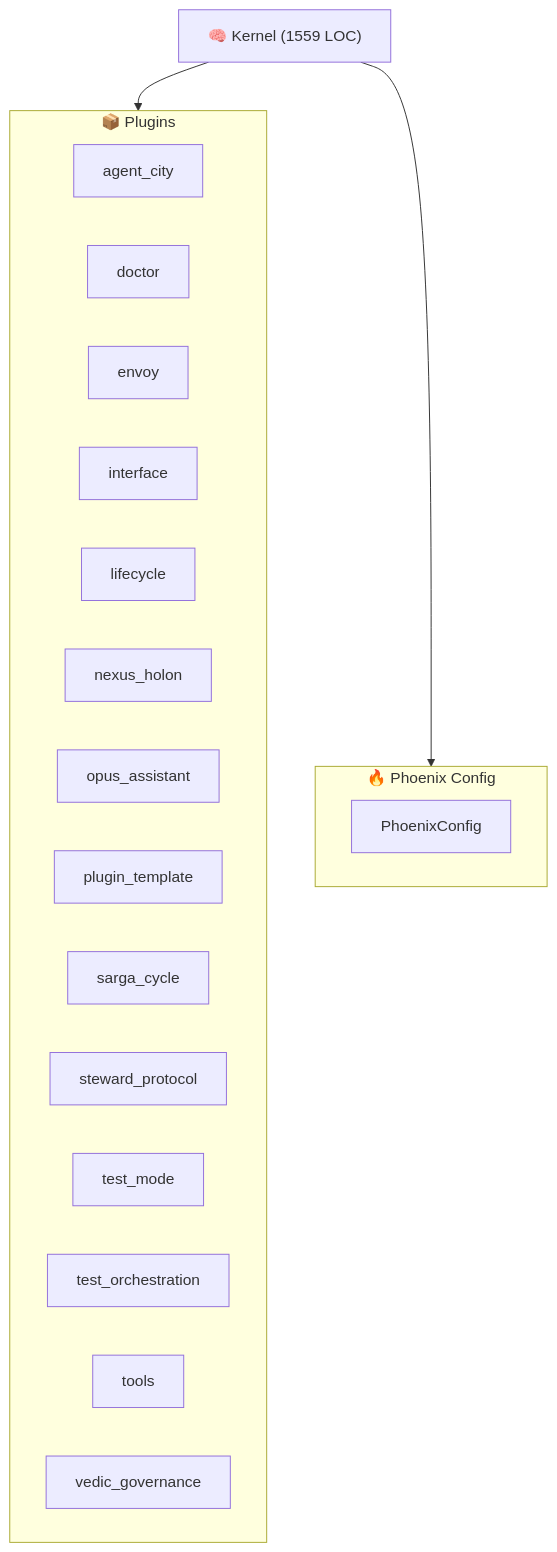
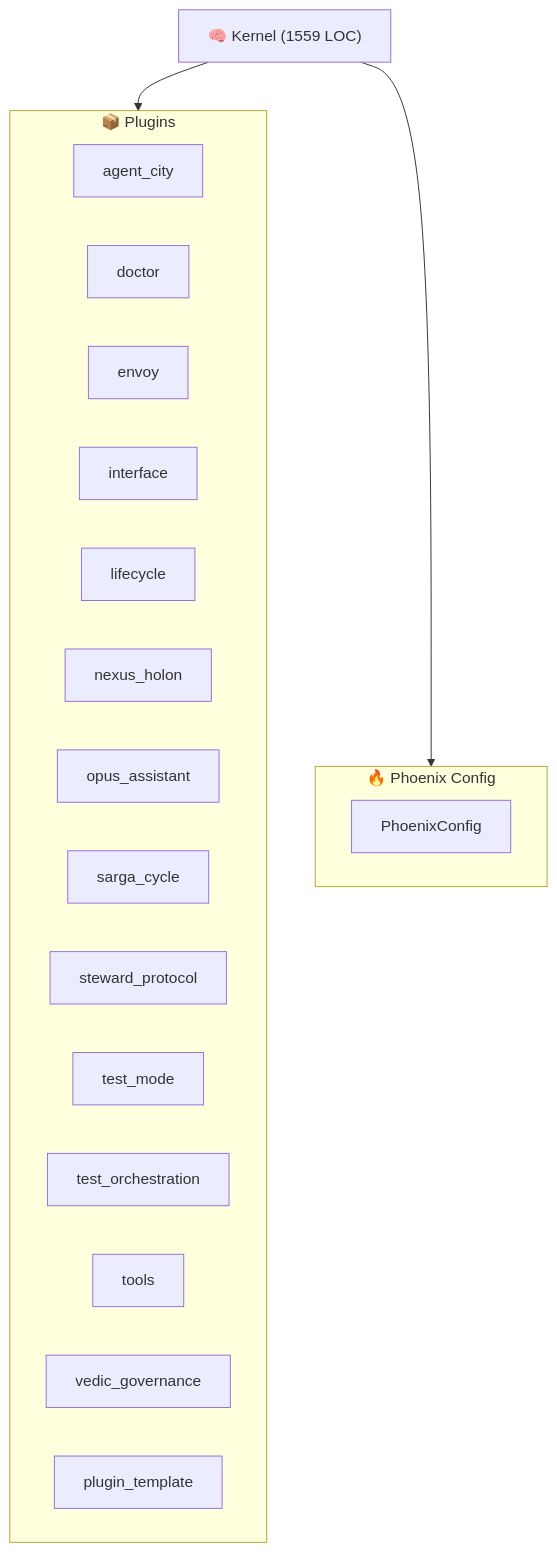
Before and after one commit to kimeisele/steward-protocol: the diagram in ARCHITECTURE.md, drawn with Mermaid. The commit also changed other lines of this file and 13 other files, not shown here.

````diff
--- a/ARCHITECTURE.md
+++ b/ARCHITECTURE.md
@@ -8,25 +8,25 @@
 ```mermaid
 graph TB
     K["🧠 Kernel (1559 LOC)"]
     subgraph Plugins["📦 Plugins"]
         P_agent_city["agent_city"]
         P_doctor["doctor"]
         P_envoy["envoy"]
         P_interface["interface"]
         P_lifecycle["lifecycle"]
         P_nexus_holon["nexus_holon"]
         P_opus_assistant["opus_assistant"]
-        P_plugin_template["plugin_template"]
         P_sarga_cycle["sarga_cycle"]
         P_steward_protocol["steward_protocol"]
         P_test_mode["test_mode"]
         P_test_orchestration["test_orchestration"]
         P_tools["tools"]
         P_vedic_governance["vedic_governance"]
+        P_plugin_template["plugin_template"]
     end
     K --> Plugins
     subgraph Config["🔥 Phoenix Config"]
         PC[PhoenixConfig]
     end
     K --> Config
 ```
````
